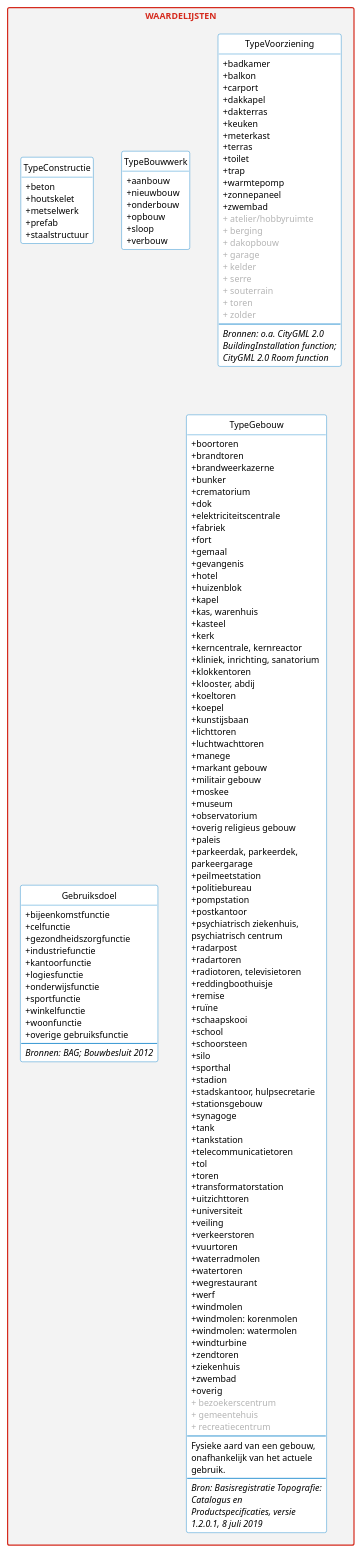
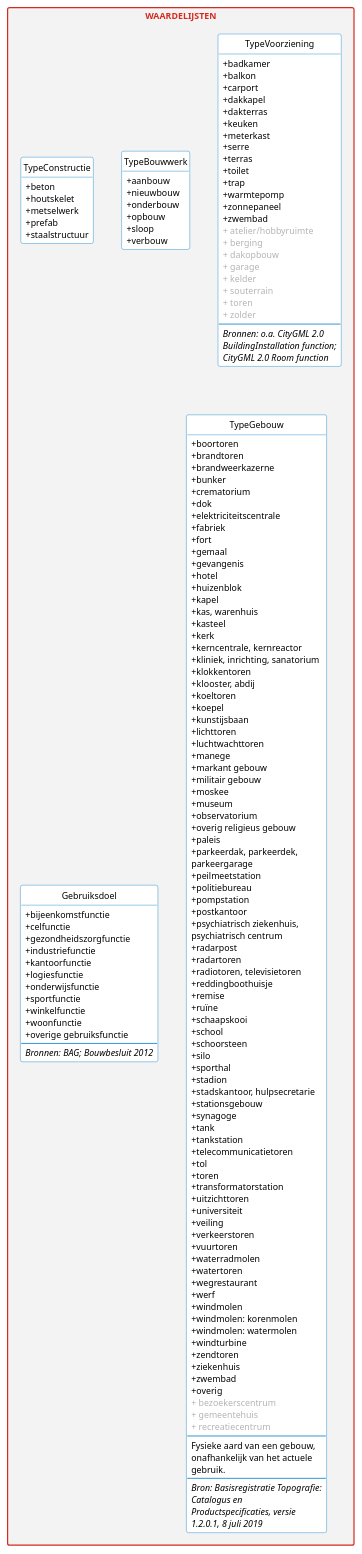
One commit to geobasisregistraties/werkgroep-bouwwerken changed the diagram in model/waardelijsten.puml. Above: the diagram before and after it, drawn with PlantUML. The commit also changed 1 other file, not shown here.

```diff
--- a/model/waardelijsten.puml
+++ b/model/waardelijsten.puml
@@ -106,6 +106,7 @@
         + dakterras
         + keuken
         + meterkast
+        + serre
         + terras
         + toilet
         + trap
@@ -117,7 +118,6 @@
         <color:#b4b4b4>+ dakopbouw</color>
         <color:#b4b4b4>+ garage</color>
         <color:#b4b4b4>+ kelder</color>
-        <color:#b4b4b4>+ serre</color>
         <color:#b4b4b4>+ souterrain</color>
         <color:#b4b4b4>+ toren</color>
         <color:#b4b4b4>+ zolder</color>
```
